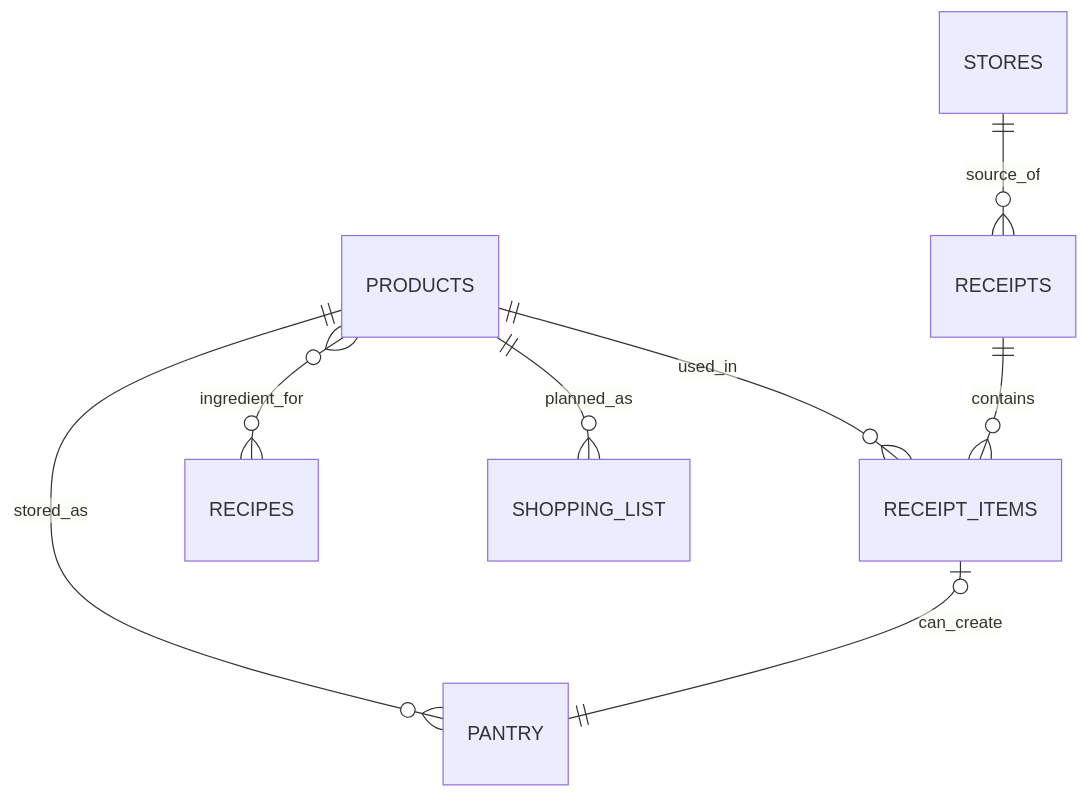
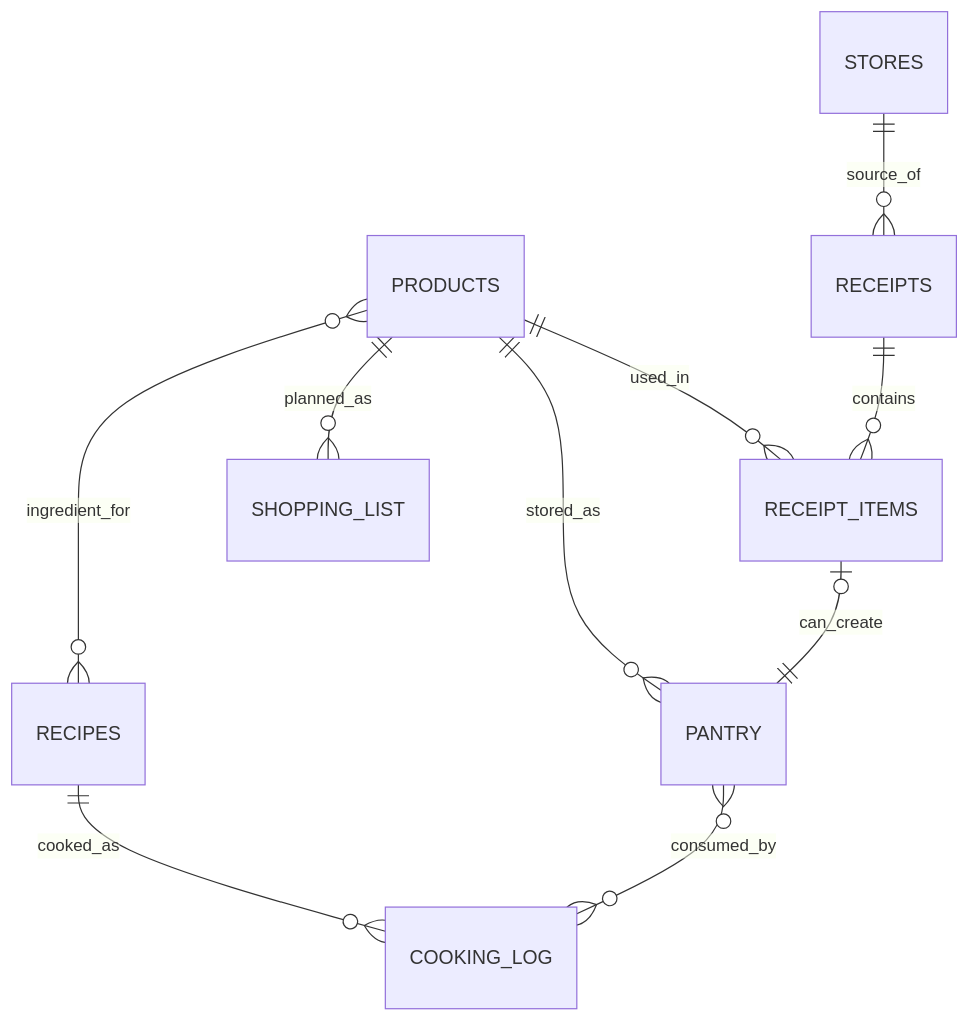
Before and after one commit to smeryse/Knowledge-Base: the diagram in Projects/Еда/Docs/Schema.md, drawn with Mermaid. The commit also changed other lines of this file and 14 other files, not shown here.

````diff
--- a/Projects/Еда/Docs/Schema.md
+++ b/Projects/Еда/Docs/Schema.md
@@ -80,10 +82,12 @@
 ```mermaid
 erDiagram
     PRODUCTS ||--o{ RECEIPT_ITEMS : used_in
     PRODUCTS }o--o{ RECIPES : ingredient_for
     STORES ||--o{ RECEIPTS : source_of
     RECEIPTS ||--o{ RECEIPT_ITEMS : contains
     PRODUCTS ||--o{ PANTRY : stored_as
     PRODUCTS ||--o{ SHOPPING_LIST : planned_as
     RECEIPT_ITEMS o|--|| PANTRY : can_create
+    RECIPES ||--o{ COOKING_LOG : cooked_as
+    PANTRY }o--o{ COOKING_LOG : consumed_by
 ```
````
